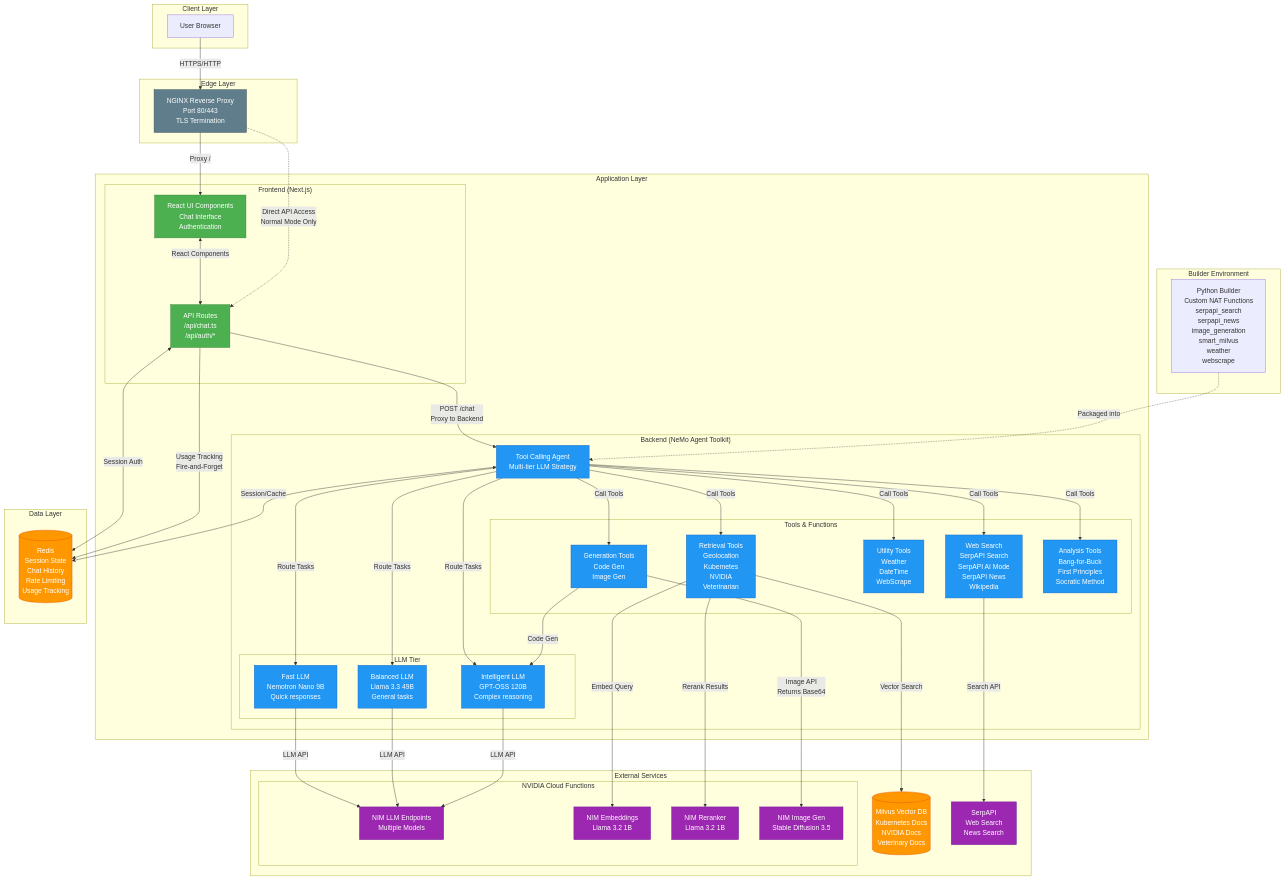
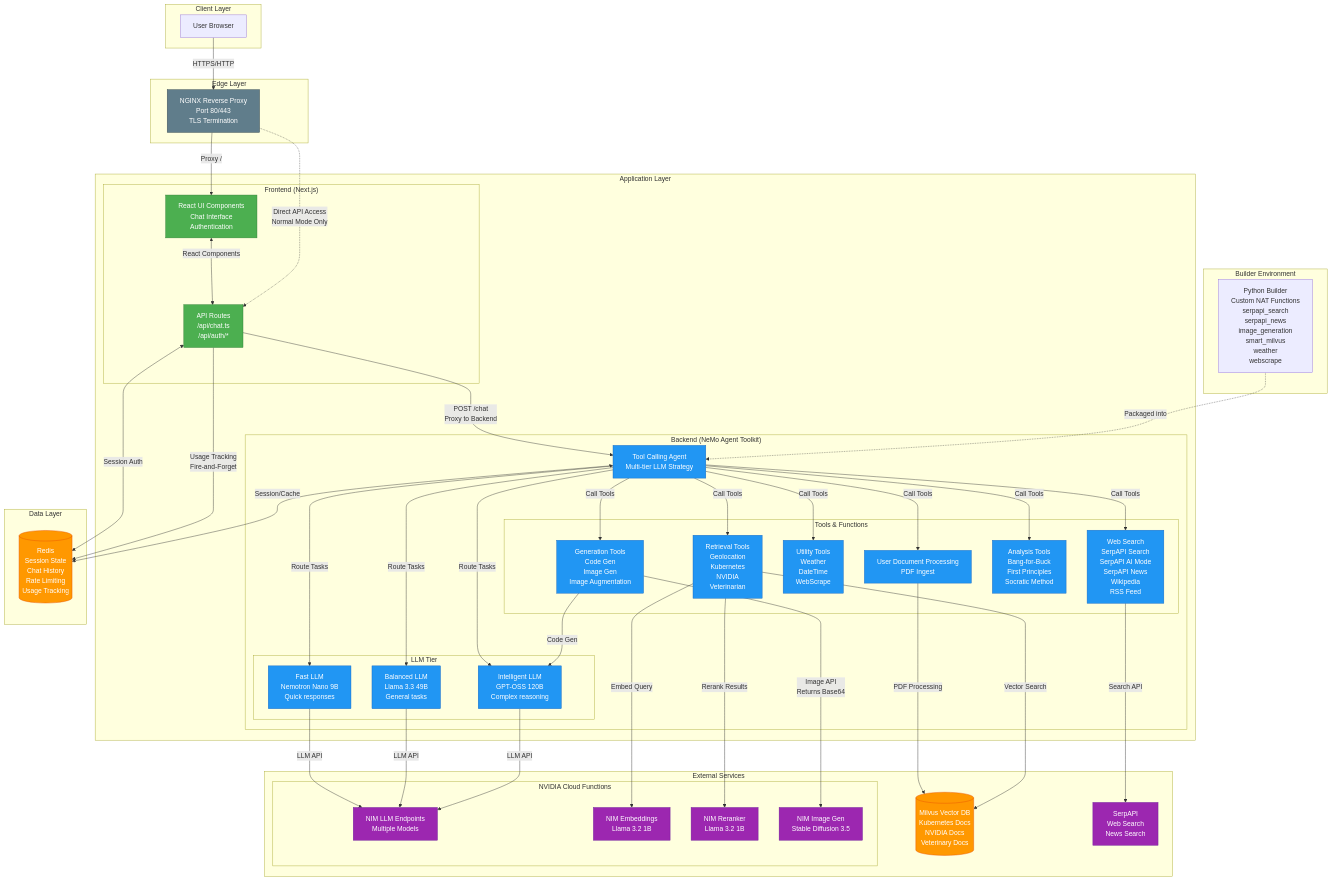
One commit to tuttlebr/daedalus-agent changed the first of 9 diagrams in ARCHITECTURE.md. Above: the diagram before and after it, drawn with Mermaid. The commit also changed other lines of this file and 9 other files, not shown here.

```diff
--- a/ARCHITECTURE.md
+++ b/ARCHITECTURE.md
@@ -35,10 +35,11 @@
 
             subgraph "Tools & Functions"
                 RETRIEVAL[Retrieval Tools<br/>Geolocation<br/>Kubernetes<br/>NVIDIA<br/>Veterinarian]
-                SEARCH[Web Search<br/>SerpAPI Search<br/>SerpAPI AI Mode<br/>SerpAPI News<br/>Wikipedia]
+                SEARCH[Web Search<br/>SerpAPI Search<br/>SerpAPI AI Mode<br/>SerpAPI News<br/>Wikipedia<br/>RSS Feed]
                 UTILITY[Utility Tools<br/>Weather<br/>DateTime<br/>WebScrape]
-                GENERATION[Generation Tools<br/>Code Gen<br/>Image Gen]
+                GENERATION[Generation Tools<br/>Code Gen<br/>Image Gen<br/>Image Augmentation]
                 ANALYSIS[Analysis Tools<br/>Bang-for-Buck<br/>First Principles<br/>Socratic Method]
+                USER_DOCS[User Document Processing<br/>PDF Ingest]
             end
         end
     end
@@ -89,11 +90,14 @@
     AGENT -->|Call Tools| UTILITY
     AGENT -->|Call Tools| GENERATION
     AGENT -->|Call Tools| ANALYSIS
+    AGENT -->|Call Tools| USER_DOCS
 
     %% Backend to external services
     FAST -->|LLM API| NIM_LLM
     BALANCED -->|LLM API| NIM_LLM
     INTELLIGENT -->|LLM API| NIM_LLM
+
+    USER_DOCS -->|PDF Processing| MILVUS
 
     RETRIEVAL -->|Vector Search| MILVUS
     RETRIEVAL -->|Embed Query| NIM_EMBED
@@ -114,7 +118,7 @@
     classDef edge fill:#607D8B,stroke:#37474F,color:#fff
 
     class UI,API frontend
-    class AGENT,FAST,BALANCED,INTELLIGENT,RETRIEVAL,SEARCH,UTILITY,GENERATION,ANALYSIS backend
+    class AGENT,FAST,BALANCED,INTELLIGENT,RETRIEVAL,SEARCH,UTILITY,GENERATION,ANALYSIS,USER_DOCS backend
     class REDIS,MILVUS data
     class NIM_LLM,NIM_EMBED,NIM_RERANK,NIM_IMAGE,SERPAPI external
     class NGINX edge
```
